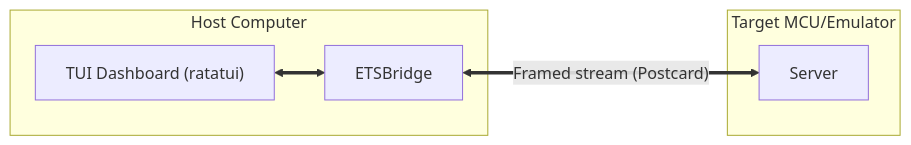
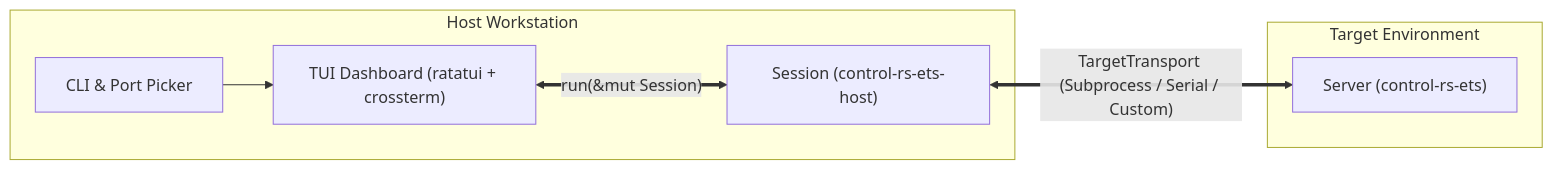
One commit to Dyse-Industries/control-rs changed the diagram in documentation/tui/tui-design.md. Above: the diagram before and after it, drawn with Mermaid. The commit also changed other lines of this file, not shown here.

First line of the commit message:
docs(tui): align ETS-5 terminal dashboard design with unified Session architecture

````diff
--- a/documentation/tui/tui-design.md
+++ b/documentation/tui/tui-design.md
@@ -89,14 +157,11 @@
 ```mermaid
 flowchart LR
-    subgraph Host ["Host Computer"]
-        TUI["TUI Dashboard (ratatui)"]
-        Bridge["ETSBridge"]
-        TUI <==> Bridge
+    subgraph Host ["Host Workstation"]
+        CLI["CLI & Port Picker"] --> TUI["TUI Dashboard (ratatui + crossterm)"]
+        TUI <==>|"run(&mut Session)"| Session["Session (control-rs-ets-host)"]
     end
 
-    subgraph MCU ["Target MCU/Emulator"]
-        Server["Server"]
+    subgraph TargetEnv ["Target Environment"]
+        Session <==>|"TargetTransport (Subprocess / Serial / Custom)"| Server["Server (control-rs-ets)"]
     end
-
-    Bridge <==>|" Framed stream (Postcard) "| Server
 ```
````
